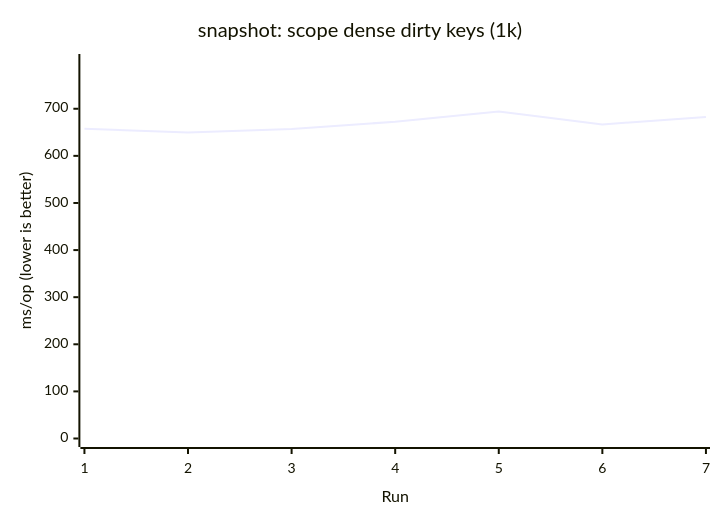
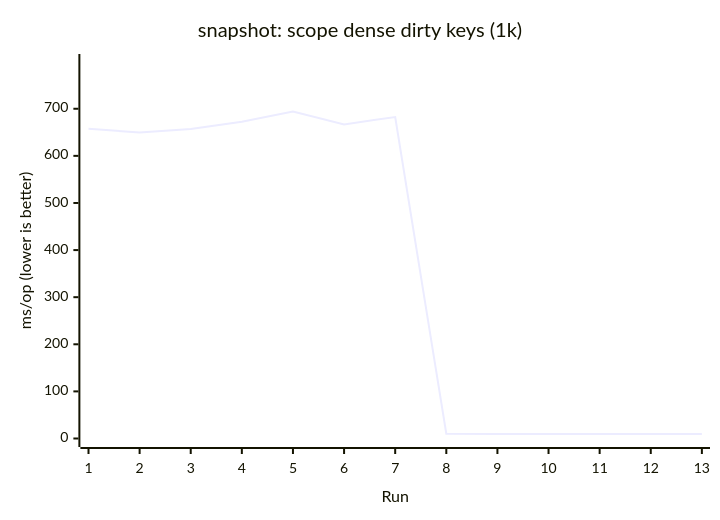
Before and after one commit to AIluffy/io: the fourth of 17 diagrams in apps/docs/src/content/docs/en/guides/benchmark.mdx, drawn with Mermaid. The commit also changed other lines of this file and 11 other files, not shown here.

````diff
--- a/apps/docs/src/content/docs/en/guides/benchmark.mdx
+++ b/apps/docs/src/content/docs/en/guides/benchmark.mdx
@@ -134,7 +221,7 @@
 ```mermaid
 xychart-beta
   title "snapshot: scope dense dirty keys (1k)"
-  x-axis "Run" [1, 2, 3, 4, 5, 6, 7]
+  x-axis "Run" [1, 2, 3, 4, 5, 6, 7, 8, 9, 10, 11, 12, 13]
   y-axis "ms/op (lower is better)" 0 --> 798.196
-  line [657.7338, 649.4971, 656.8009, 672.4747, 694.0835, 666.831, 682.4672]
+  line [657.7338, 649.4971, 656.8009, 672.4747, 694.0835, 666.831, 682.4672, 10.0629, 9.4418, 9.3377, 9.5797, 9.7117, 9.6769]
 ```
````
